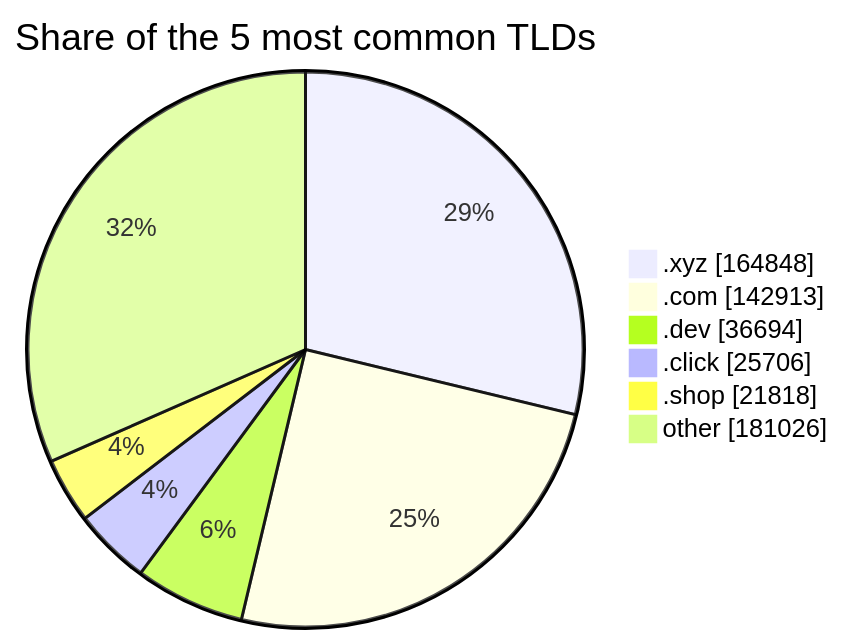
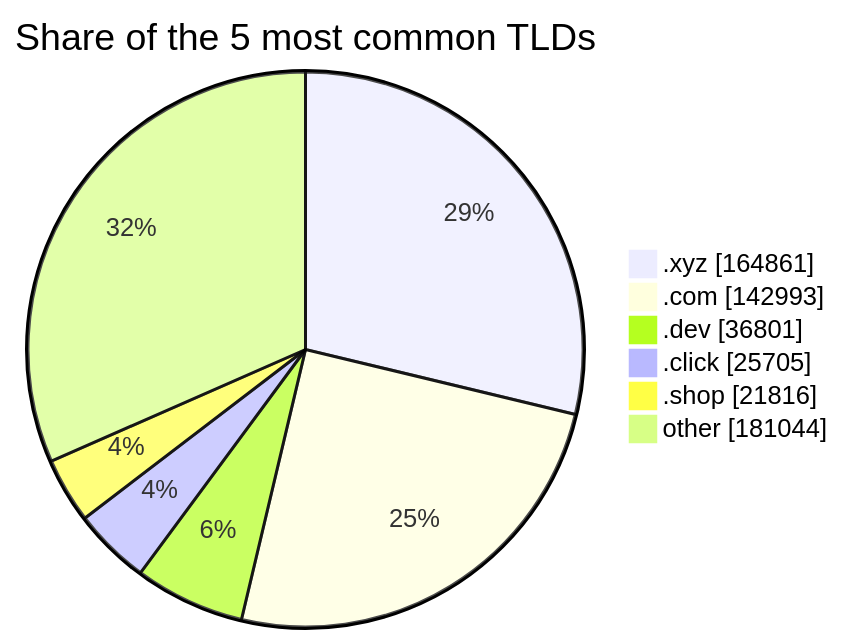
The third of 3 diagrams in README.md (DNSBunker/CTI), drawn with Mermaid before and after one commit. The commit also changed other lines of this file and 3 other files, not shown here.

````diff
--- a/README.md
+++ b/README.md
@@ -81,9 +81,9 @@
 ```mermaid
 pie showData title Share of the 5 most common TLDs
-    ".xyz" : 164848
-    ".com" : 142913
-    ".dev" : 36694
-    ".click" : 25706
-    ".shop" : 21818
-    "other" : 181026
+    ".xyz" : 164861
+    ".com" : 142993
+    ".dev" : 36801
+    ".click" : 25705
+    ".shop" : 21816
+    "other" : 181044
 ```
````
